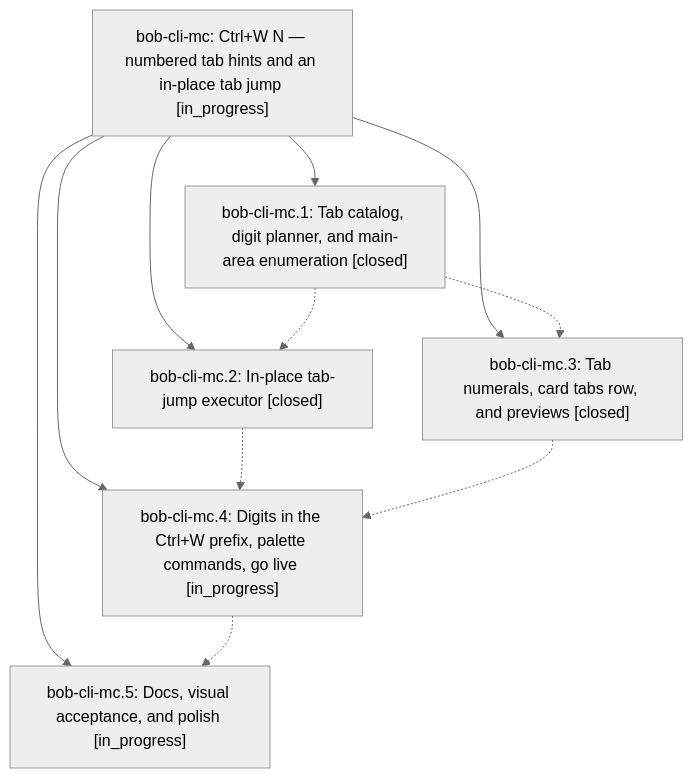
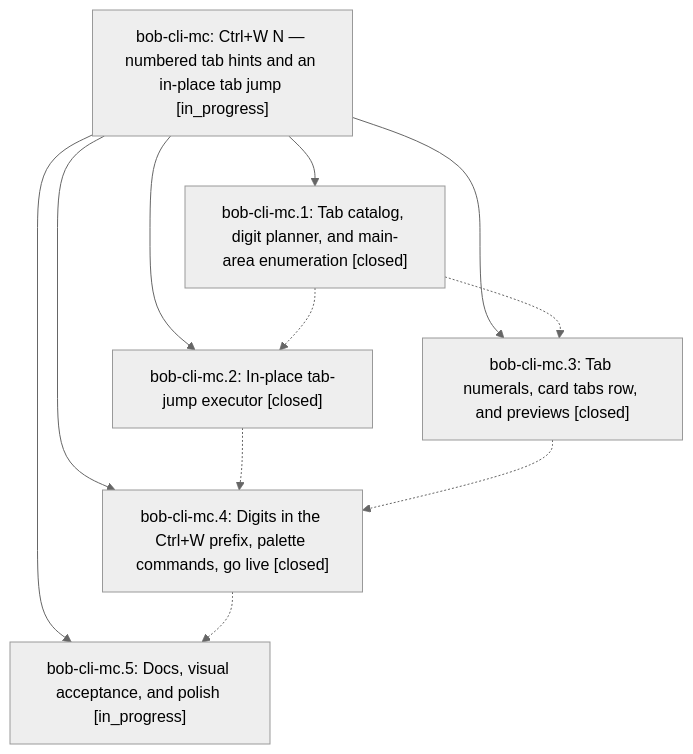
One commit to bobs-org/bob-cli--beads changed the diagram in pages/bob-cli-mc/README.md. Above: the diagram before and after it, drawn with Mermaid (neutral theme). The commit also changed other lines of this file and 5 other files, not shown here.

First line of the commit message:
chore(beads): sync bead state and pages for bob-cli-mc

````diff
--- a/pages/bob-cli-mc/README.md
+++ b/pages/bob-cli-mc/README.md
@@ -40,19 +40,19 @@
 ```mermaid
 flowchart TD
     n0["bob-cli-mc: Ctrl+W N — numbered tab hints and an in-place tab jump [in_progress]"]
     n1["bob-cli-mc.1: Tab catalog, digit planner, and main-area enumeration [closed]"]
     n2["bob-cli-mc.2: In-place tab-jump executor [closed]"]
     n3["bob-cli-mc.3: Tab numerals, card tabs row, and previews [closed]"]
-    n4["bob-cli-mc.4: Digits in the Ctrl+W prefix, palette commands, go live [in_progress]"]
+    n4["bob-cli-mc.4: Digits in the Ctrl+W prefix, palette commands, go live [closed]"]
     n5["bob-cli-mc.5: Docs, visual acceptance, and polish [in_progress]"]
     n0 --> n1
     n0 --> n2
     n0 --> n3
     n0 --> n4
     n0 --> n5
     n1 -.-> n2
     n1 -.-> n3
     n2 -.-> n4
     n3 -.-> n4
     n4 -.-> n5
 ```
````
